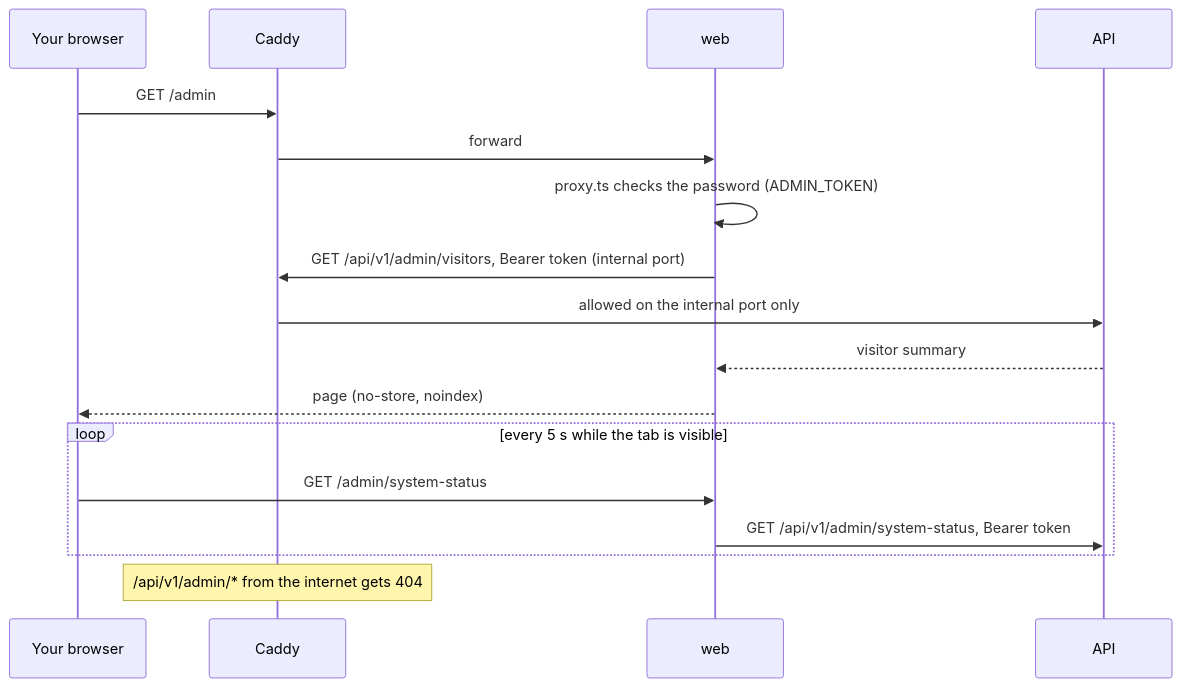
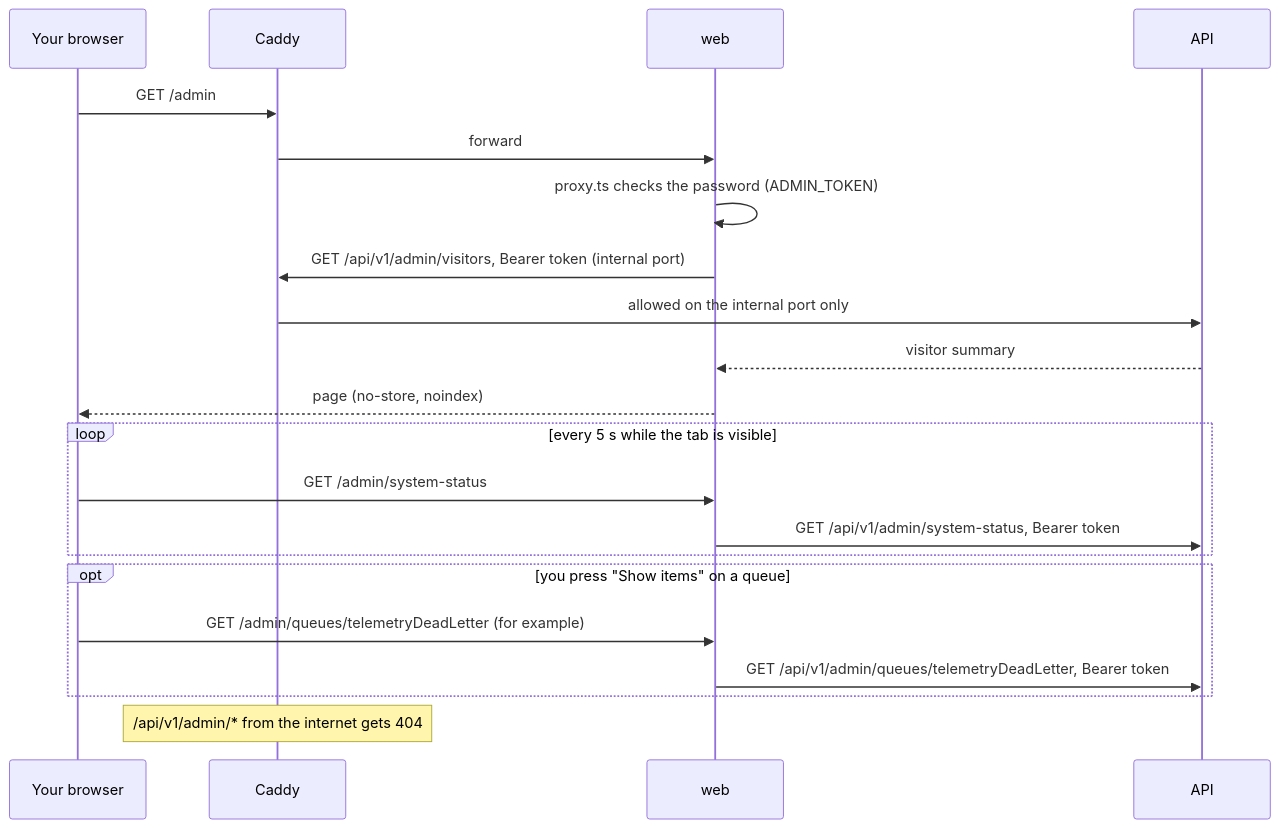
Before and after one commit to zhuuyicheng/yicheng-website: the seventh of 9 diagrams in docs/PROJECT-GUIDE.md, drawn with Mermaid. The commit also changed other lines of this file and 34 other files, not shown here.

First line of the commit message:
feat/admin queue items (#16)

````diff
--- a/docs/PROJECT-GUIDE.md
+++ b/docs/PROJECT-GUIDE.md
@@ -275,19 +275,23 @@
 ```mermaid
 sequenceDiagram
   participant B as Your browser
   participant C as Caddy
   participant W as web
   participant A as API
   B->>C: GET /admin
   C->>W: forward
   W->>W: proxy.ts checks the password (ADMIN_TOKEN)
   W->>C: GET /api/v1/admin/visitors, Bearer token (internal port)
   C->>A: allowed on the internal port only
   A-->>W: visitor summary
   W-->>B: page (no-store, noindex)
   loop every 5 s while the tab is visible
     B->>W: GET /admin/system-status
     W->>A: GET /api/v1/admin/system-status, Bearer token
   end
+  opt you press "Show items" on a queue
+    B->>W: GET /admin/queues/telemetryDeadLetter (for example)
+    W->>A: GET /api/v1/admin/queues/telemetryDeadLetter, Bearer token
+  end
   Note over C: /api/v1/admin/* from the internet gets 404
 ```
````
